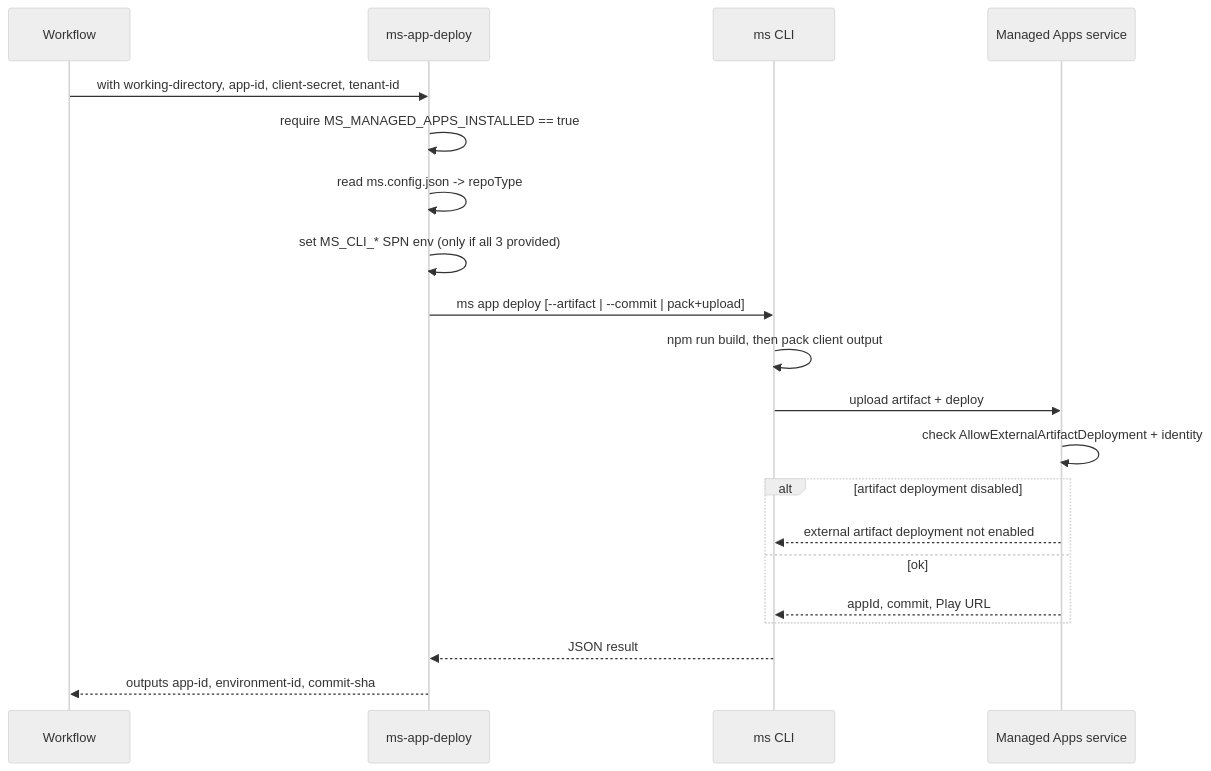
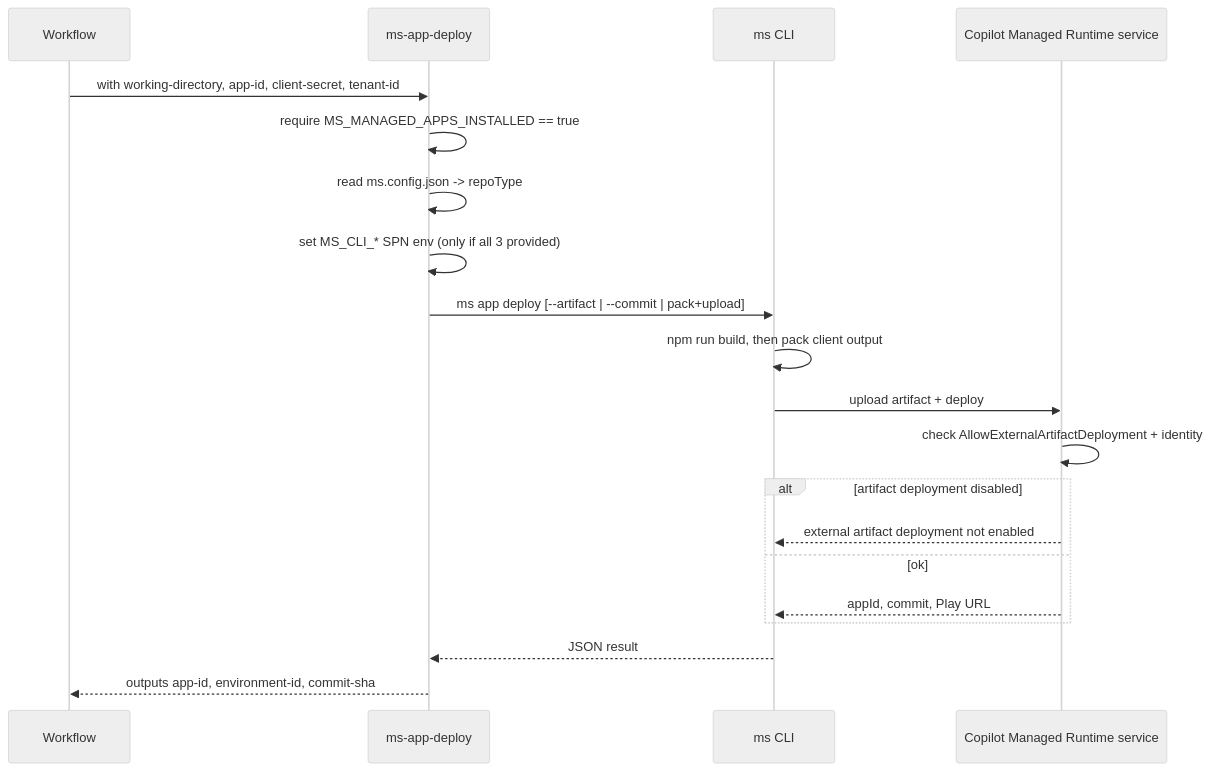
The second of 3 diagrams in github-actions/agent-skills/architecture.md (microsoft/managed-apps), drawn with Mermaid (neutral theme) before and after one commit. The commit also changed other lines of this file and 33 other files, not shown here.

Commit message:
Update public repository wording to Copilot Managed Runtime

````diff
--- a/github-actions/agent-skills/architecture.md
+++ b/github-actions/agent-skills/architecture.md
@@ -61,23 +61,23 @@
 ```mermaid
 sequenceDiagram
     participant WF as Workflow
     participant ACT as ms-app-deploy
     participant CLI as ms CLI
-    participant RP as Managed Apps service
+    participant RP as Copilot Managed Runtime service
 
     WF->>ACT: with working-directory, app-id, client-secret, tenant-id
     ACT->>ACT: require MS_MANAGED_APPS_INSTALLED == true
     ACT->>ACT: read ms.config.json -> repoType
     ACT->>ACT: set MS_CLI_* SPN env (only if all 3 provided)
     ACT->>CLI: ms app deploy [--artifact | --commit | pack+upload]
     CLI->>CLI: npm run build, then pack client output
     CLI->>RP: upload artifact + deploy
     RP->>RP: check AllowExternalArtifactDeployment + identity
     alt artifact deployment disabled
         RP-->>CLI: external artifact deployment not enabled
     else ok
         RP-->>CLI: appId, commit, Play URL
     end
     CLI-->>ACT: JSON result
     ACT-->>WF: outputs app-id, environment-id, commit-sha
 ```
````
